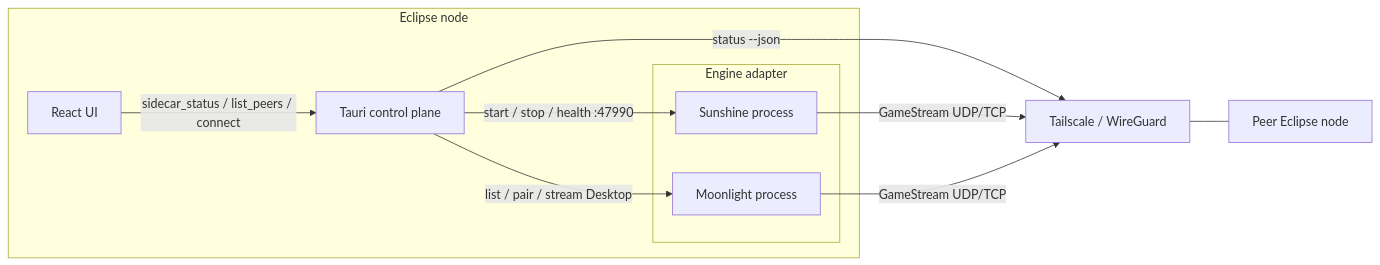
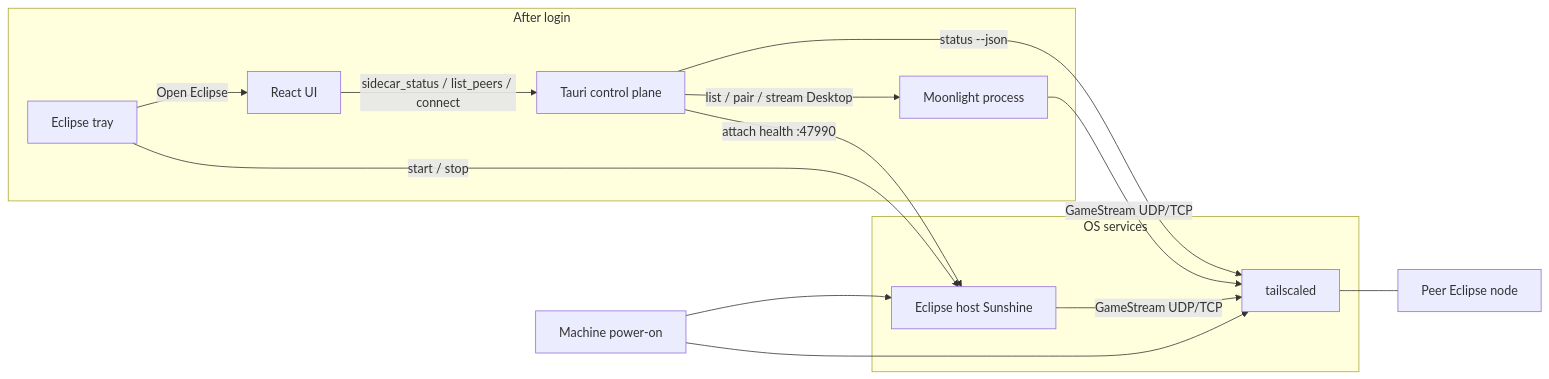
The first of 3 diagrams in docs/Architecture_Specification.md (xy-zak/Eclipse), drawn with Mermaid before and after one commit. The commit also changed other lines of this file and 96 other files, not shown here.

First line of the commit message:
Add local packaging, inbound host session UI, and multi-display streams.

````diff
--- a/docs/Architecture_Specification.md
+++ b/docs/Architecture_Specification.md
@@ -71,20 +74,26 @@
 ```mermaid
 flowchart LR
-  subgraph node["Eclipse node"]
-    UI["React UI"]
-    CP["Tauri control plane"]
-    subgraph sidecar["Engine adapter"]
-      SUN["Sunshine process"]
-      MOON["Moonlight process"]
-    end
+  Boot[Machine power-on]
+  subgraph os [OS services]
+    TS[tailscaled]
+    Host[Eclipse host Sunshine]
   end
-  TS["Tailscale / WireGuard"]
-  Peer["Peer Eclipse node"]
+  subgraph session [After login]
+    Tray[Eclipse tray]
+    UI[React UI]
+    CP[Tauri control plane]
+    MOON[Moonlight process]
+  end
+  Peer[Peer Eclipse node]
+  Boot --> TS
+  Boot --> Host
+  Tray -->|"start / stop"| Host
+  Tray -->|"Open Eclipse"| UI
   UI -->|"sidecar_status / list_peers / connect"| CP
-  CP -->|"start / stop / health :47990"| SUN
+  CP -->|"attach health :47990"| Host
   CP -->|"list / pair / stream Desktop"| MOON
   CP -->|"status --json"| TS
-  SUN -->|"GameStream UDP/TCP"| TS
+  Host -->|"GameStream UDP/TCP"| TS
   MOON -->|"GameStream UDP/TCP"| TS
   TS --- Peer
 ```
````
